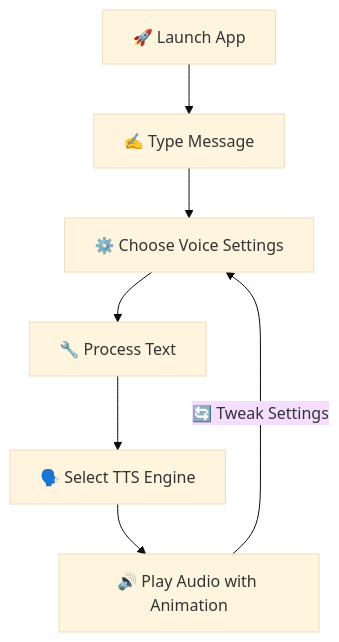
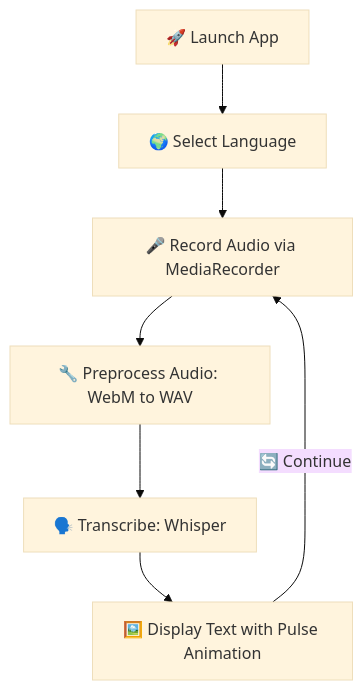
Before and after one commit to Parham-Dehghan/ai-eyes-for-the-blind: the second of 4 diagrams in README.md, drawn with Mermaid (base theme). The commit also changed other lines of this file, not shown here.

````diff
--- a/README.md
+++ b/README.md
@@ -36,9 +90,9 @@
 ```mermaid
-flowchart TD
-    Start[🚀 Launch App] --> Input[✍️ Type Message]
-    Input --> Config[⚙️ Choose Voice Settings]
-    Config --> Process[🔧 Process Text]
-    Process --> Engine[🗣️ Select TTS Engine]
-    Engine --> Output[🔊 Play Audio with Animation]
-    Output -->|🔄 Tweak Settings| Config
+graph TD
+    A[🚀 Launch App] --> B[🌍 Select Language]
+    B --> C[🎤 Record Audio via MediaRecorder]
+    C --> D[🔧 Preprocess Audio: WebM to WAV]
+    D --> E[🗣️ Transcribe: Whisper]
+    E --> F[🖼️ Display Text with Pulse Animation]
+    F -->|🔄 Continue| C
 ```
````
